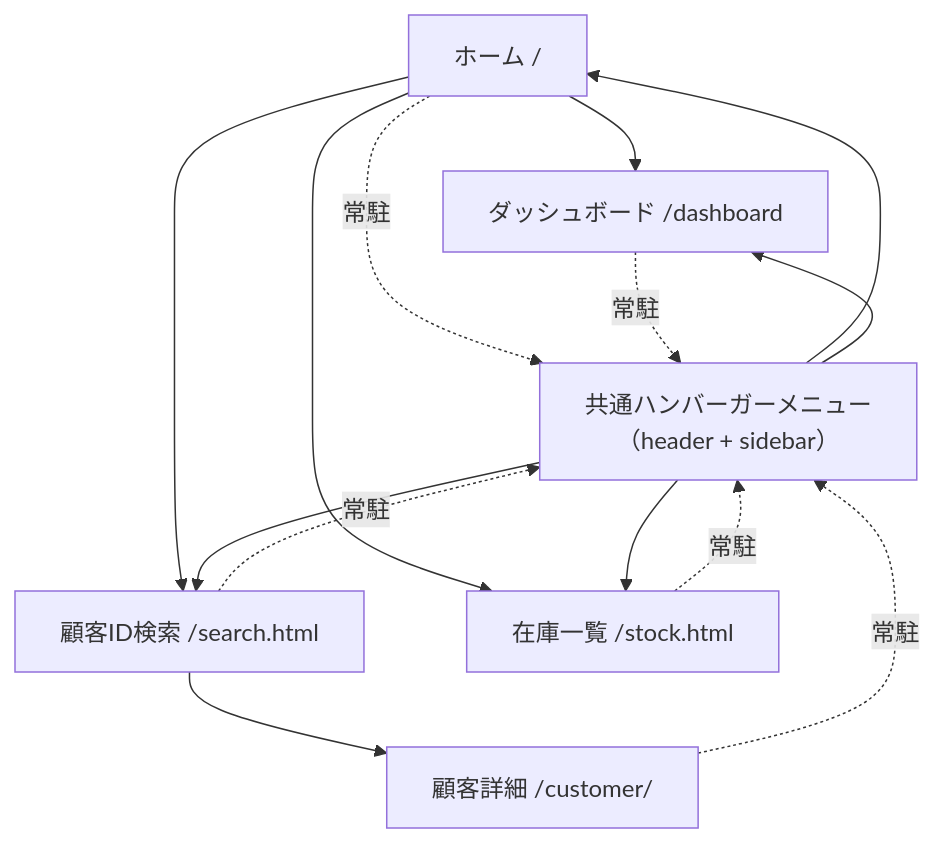
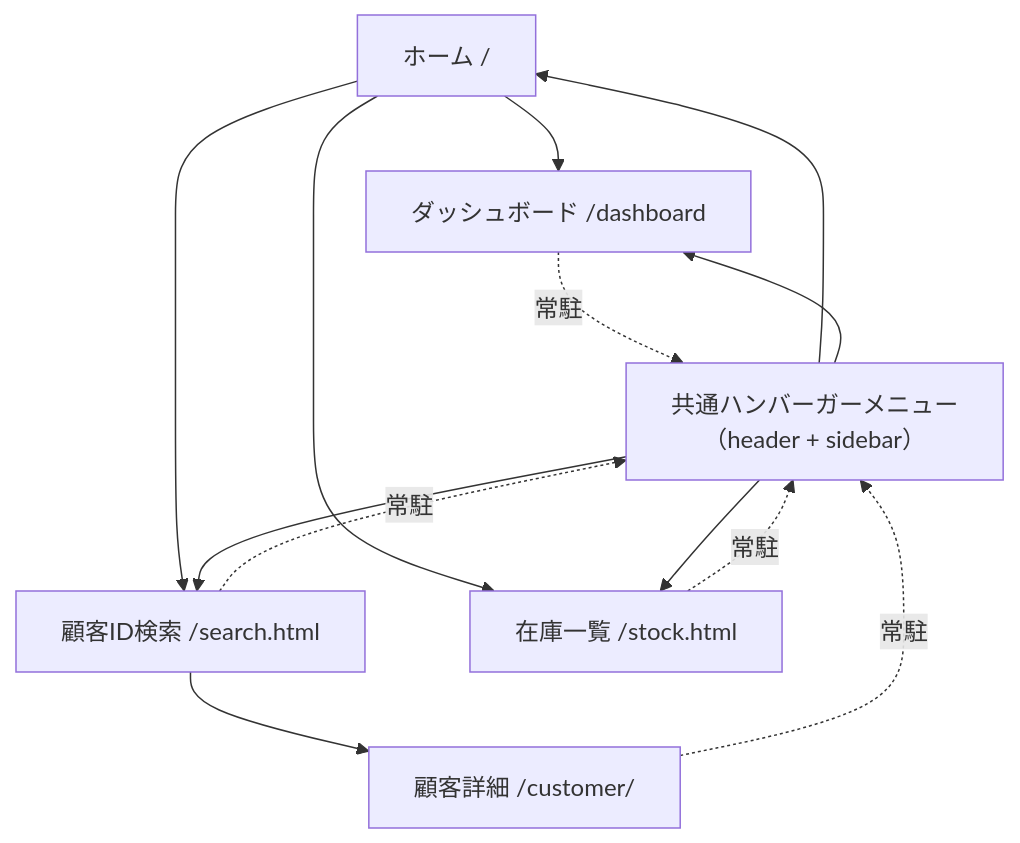
Before and after one commit to 31916/jikken3-kai: the diagram in docs/screen_flow.md, drawn with Mermaid.

Commit message:
図が気持ち悪い

````diff
--- a/docs/screen_flow.md
+++ b/docs/screen_flow.md
@@ -17,36 +17,35 @@
 ```mermaid
 flowchart TD
 
 %% 画面ノード
 A[ホーム /]
 B[ダッシュボード /dashboard]
 C[顧客ID検索 /search.html]
 D[在庫一覧 /stock.html]
 E[顧客詳細 /customer/<id>]
 
 %% 共通ナビ（全画面に常駐するUI）
 H[共通ハンバーガーメニュー<br/>（header + sidebar）]
 
 %% ホームからの遷移
 A --> B
 A --> C
 A --> D
 
 %% 共通ナビからの遷移（全ページで可能）
 H --> A
 H --> B
 H --> C
 H --> D
 
 %% 各ページに共通ナビがあることを明示（点線＝UI常駐）
-A -.常駐.-> H
 B -.常駐.-> H
 C -.常駐.-> H
 D -.常駐.-> H
 E -.常駐.-> H
 
 %% 個別遷移
 C --> E
 
 
 ```
````
